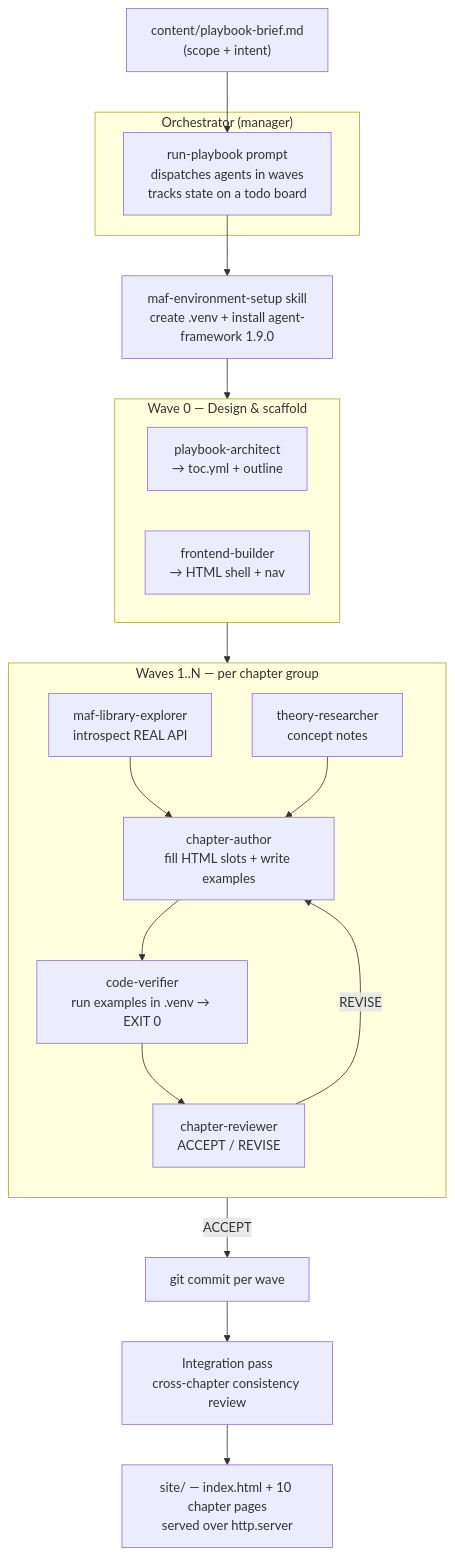
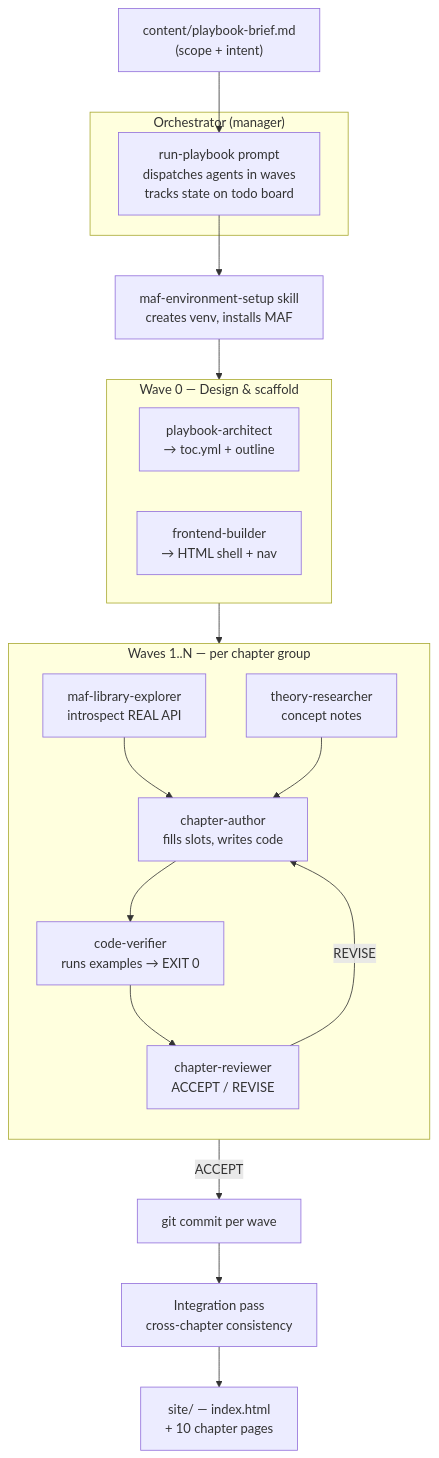
The diagram in README.md (webmaxru/agent-package-manager-book), drawn with Mermaid before and after one commit.

Commit message:
docs: shorten Mermaid node labels so text no longer truncates

````diff
--- a/README.md
+++ b/README.md
@@ -78,36 +78,36 @@
 ```mermaid
 flowchart TD
     Brief["content/playbook-brief.md<br/>(scope + intent)"] --> Orchestrator
 
     subgraph Driver["Orchestrator (manager)"]
-        Orchestrator["run-playbook prompt<br/>dispatches agents in waves<br/>tracks state on a todo board"]
+        Orchestrator["run-playbook prompt<br/>dispatches agents in waves<br/>tracks state on todo board"]
     end
 
-    Orchestrator --> Env["maf-environment-setup skill<br/>create .venv + install agent-framework 1.9.0"]
+    Orchestrator --> Env["maf-environment-setup skill<br/>creates venv, installs MAF"]
 
     subgraph Wave0["Wave 0 — Design & scaffold"]
         Architect["playbook-architect<br/>→ toc.yml + outline"]
         Frontend["frontend-builder<br/>→ HTML shell + nav"]
     end
 
     subgraph WaveN["Waves 1..N — per chapter group"]
         direction TB
         Explorer["maf-library-explorer<br/>introspect REAL API"]
         Theory["theory-researcher<br/>concept notes"]
-        Author["chapter-author<br/>fill HTML slots + write examples"]
-        Verifier["code-verifier<br/>run examples in .venv → EXIT 0"]
+        Author["chapter-author<br/>fills slots, writes code"]
+        Verifier["code-verifier<br/>runs examples → EXIT 0"]
         Reviewer["chapter-reviewer<br/>ACCEPT / REVISE"]
 
         Explorer --> Author
         Theory --> Author
         Author --> Verifier
         Verifier --> Reviewer
         Reviewer -- "REVISE" --> Author
     end
 
     Env --> Wave0
     Wave0 --> WaveN
     WaveN -- "ACCEPT" --> Commit["git commit per wave"]
-    Commit --> Integration["Integration pass<br/>cross-chapter consistency review"]
-    Integration --> Site["site/ — index.html + 10 chapter pages<br/>served over http.server"]
+    Commit --> Integration["Integration pass<br/>cross-chapter consistency"]
+    Integration --> Site["site/ — index.html<br/>+ 10 chapter pages"]
 ```
````
